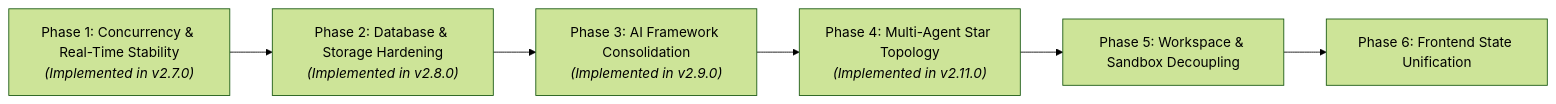
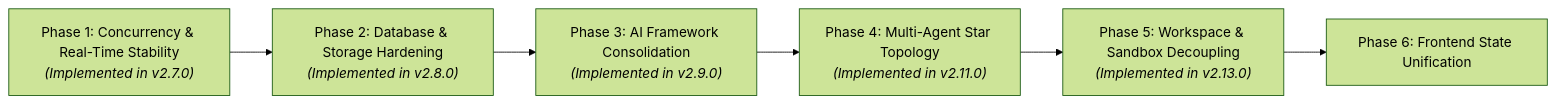
The first of 6 diagrams in doc/19-concurrency-and-realtime-stability-plan.md (ezazulhaq/auditagent), drawn with Mermaid (forest theme) before and after one commit. The commit also changed other lines of this file and 5 other files, not shown here.

First line of the commit message:
docs(release): bump version to 2.13.0 and complete Phase 5 stability roadmap verification

````diff
--- a/doc/19-concurrency-and-realtime-stability-plan.md
+++ b/doc/19-concurrency-and-realtime-stability-plan.md
@@ -7,8 +7,8 @@
 ```mermaid
 flowchart LR
     P1["Phase 1: Concurrency & Real-Time Stability<br/><i>(Implemented in v2.7.0)</i>"] --> P2["Phase 2: Database & Storage Hardening<br/><i>(Implemented in v2.8.0)</i>"]
     P2 --> P3["Phase 3: AI Framework Consolidation<br/><i>(Implemented in v2.9.0)</i>"]
     P3 --> P4["Phase 4: Multi-Agent Star Topology<br/><i>(Implemented in v2.11.0)</i>"]
-    P4 --> P5["Phase 5: Workspace & Sandbox Decoupling"]
+    P4 --> P5["Phase 5: Workspace & Sandbox Decoupling<br/><i>(Implemented in v2.13.0)</i>"]
     P5 --> P6["Phase 6: Frontend State Unification"]
 ```
````
